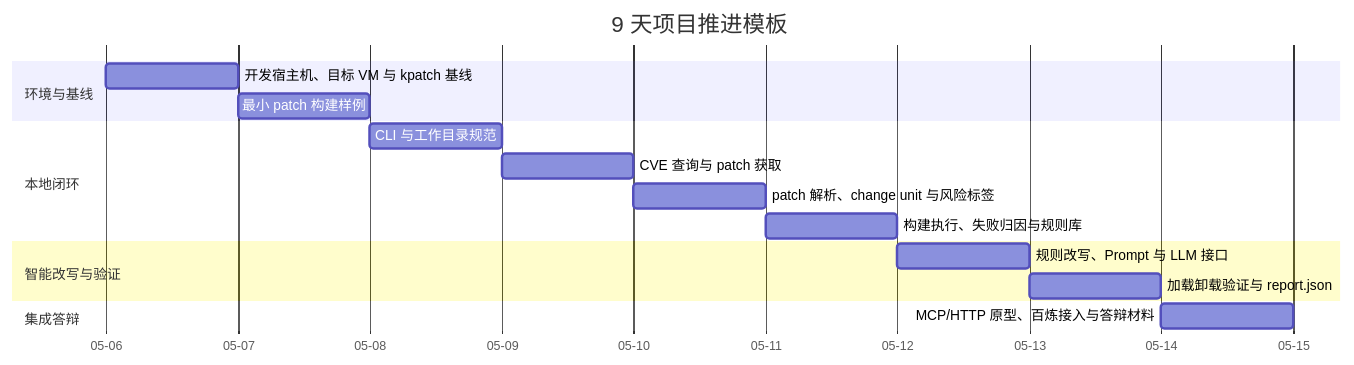
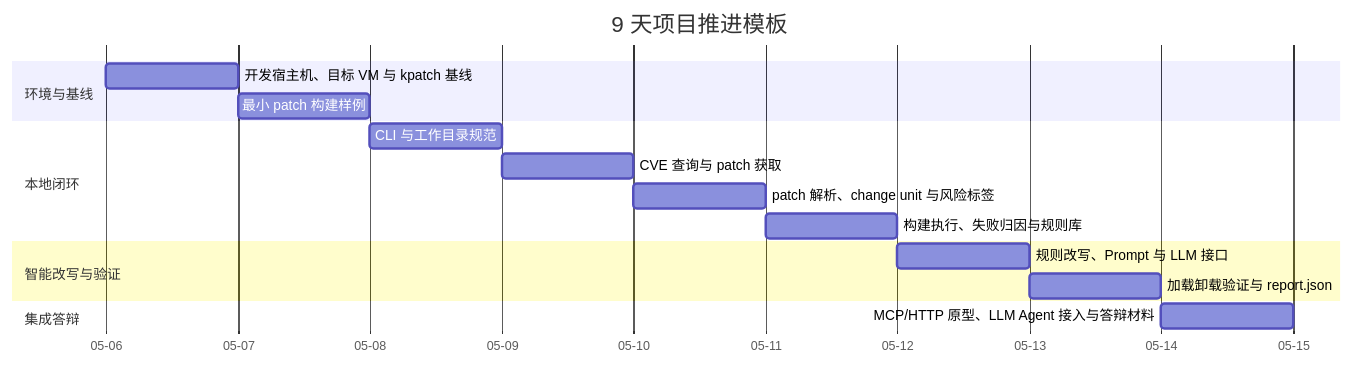
One commit to lsbbdbb/kernel_project_v1 changed diagram 13 of 13 in README.md. Above: the diagram before and after it, drawn with Mermaid. The commit also changed other lines of this file and 54 other files, not shown here.

````diff
--- a/README.md
+++ b/README.md
@@ -1779,19 +1779,19 @@
 ```mermaid
 gantt
     title 9 天项目推进模板
     dateFormat  YYYY-MM-DD
     axisFormat  %m-%d
     section 环境与基线
     开发宿主机、目标 VM 与 kpatch 基线 :a1, 2026-05-06, 1d
     最小 patch 构建样例                :a2, after a1, 1d
     section 本地闭环
     CLI 与工作目录规范                 :b1, after a2, 1d
     CVE 查询与 patch 获取              :b2, after b1, 1d
     patch 解析、change unit 与风险标签 :b3, after b2, 1d
     构建执行、失败归因与规则库         :b4, after b3, 1d
     section 智能改写与验证
     规则改写、Prompt 与 LLM 接口        :c1, after b4, 1d
     加载卸载验证与 report.json         :c2, after c1, 1d
     section 集成答辩
-    MCP/HTTP 原型、百炼接入与答辩材料  :d1, after c2, 1d
+    MCP/HTTP 原型、LLM Agent 接入与答辩材料  :d1, after c2, 1d
 ```
````
